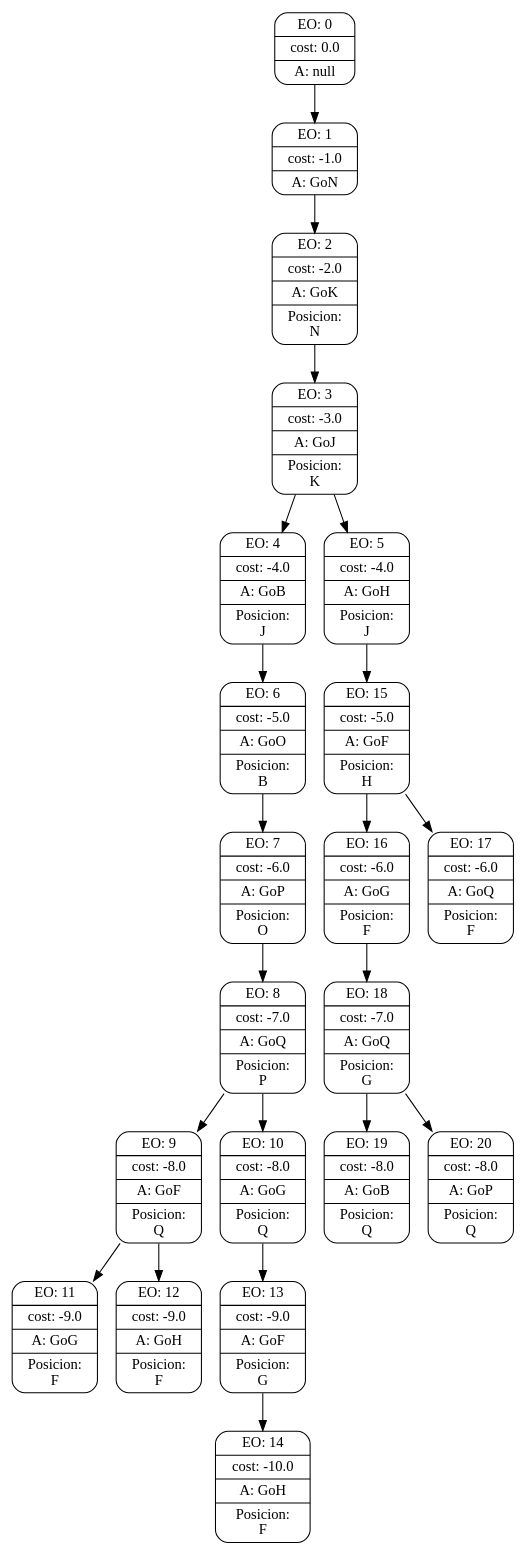
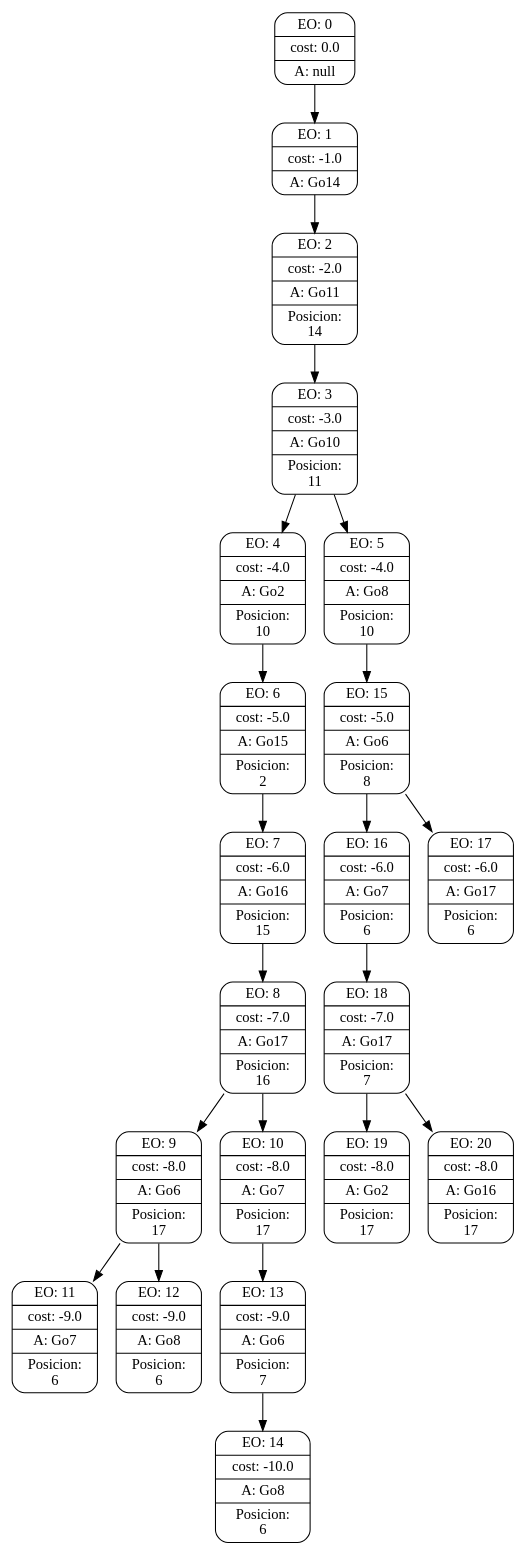
One commit to lniklison/TP-Inteligencia-artificial changed the diagram in searchGVTrees/6.dot. Above: the diagram before and after it, drawn with Graphviz. The commit also changed 29 other files, not shown here.

```diff
--- a/searchGVTrees/6.dot
+++ b/searchGVTrees/6.dot
@@ -1,66 +1,66 @@
 digraph g {
 node [shape = Mrecord];
 nodo0[label="{EO: 0|cost: 0.0|A: null}"]
-nodo1[label="{EO: 1|cost: -1.0|A: GoN}"]
-nodo2[label="{EO: 2|cost: -2.0|A: GoK|Posicion:\nN}"]
-nodo3[label="{EO: 3|cost: -3.0|A: GoJ|Posicion:\nK}"]
-nodo4[label="{EO: 4|cost: -4.0|A: GoB|Posicion:\nJ}"]
-nodo6[label="{EO: 6|cost: -5.0|A: GoO|Posicion:\nB}"]
-nodo7[label="{EO: 7|cost: -6.0|A: GoP|Posicion:\nO}"]
-nodo8[label="{EO: 8|cost: -7.0|A: GoQ|Posicion:\nP}"]
-nodo9[label="{EO: 9|cost: -8.0|A: GoF|Posicion:\nQ}"]
-nodo11[label="{EO: 11|cost: -9.0|A: GoG|Posicion:\nF}"]
+nodo1[label="{EO: 1|cost: -1.0|A: Go14}"]
+nodo2[label="{EO: 2|cost: -2.0|A: Go11|Posicion:\n14}"]
+nodo3[label="{EO: 3|cost: -3.0|A: Go10|Posicion:\n11}"]
+nodo4[label="{EO: 4|cost: -4.0|A: Go2|Posicion:\n10}"]
+nodo6[label="{EO: 6|cost: -5.0|A: Go15|Posicion:\n2}"]
+nodo7[label="{EO: 7|cost: -6.0|A: Go16|Posicion:\n15}"]
+nodo8[label="{EO: 8|cost: -7.0|A: Go17|Posicion:\n16}"]
+nodo9[label="{EO: 9|cost: -8.0|A: Go6|Posicion:\n17}"]
+nodo11[label="{EO: 11|cost: -9.0|A: Go7|Posicion:\n6}"]
 
 nodo9 -> nodo11;
-nodo12[label="{EO: 12|cost: -9.0|A: GoH|Posicion:\nF}"]
+nodo12[label="{EO: 12|cost: -9.0|A: Go8|Posicion:\n6}"]
 
 nodo9 -> nodo12;
 
 nodo8 -> nodo9;
-nodo10[label="{EO: 10|cost: -8.0|A: GoG|Posicion:\nQ}"]
-nodo13[label="{EO: 13|cost: -9.0|A: GoF|Posicion:\nG}"]
-nodo14[label="{EO: 14|cost: -10.0|A: GoH|Posicion:\nF}"]
+nodo10[label="{EO: 10|cost: -8.0|A: Go7|Posicion:\n17}"]
+nodo13[label="{EO: 13|cost: -9.0|A: Go6|Posicion:\n7}"]
+nodo14[label="{EO: 14|cost: -10.0|A: Go8|Posicion:\n6}"]
 
 nodo13 -> nodo14;
 
 nodo10 -> nodo13;
 
 nodo8 -> nodo10;
 
 nodo7 -> nodo8;
 
 nodo6 -> nodo7;
 
 nodo4 -> nodo6;
 
 nodo3 -> nodo4;
-nodo5[label="{EO: 5|cost: -4.0|A: GoH|Posicion:\nJ}"]
-nodo15[label="{EO: 15|cost: -5.0|A: GoF|Posicion:\nH}"]
-nodo16[label="{EO: 16|cost: -6.0|A: GoG|Posicion:\nF}"]
-nodo18[label="{EO: 18|cost: -7.0|A: GoQ|Posicion:\nG}"]
-nodo19[label="{EO: 19|cost: -8.0|A: GoB|Posicion:\nQ}"]
+nodo5[label="{EO: 5|cost: -4.0|A: Go8|Posicion:\n10}"]
+nodo15[label="{EO: 15|cost: -5.0|A: Go6|Posicion:\n8}"]
+nodo16[label="{EO: 16|cost: -6.0|A: Go7|Posicion:\n6}"]
+nodo18[label="{EO: 18|cost: -7.0|A: Go17|Posicion:\n7}"]
+nodo19[label="{EO: 19|cost: -8.0|A: Go2|Posicion:\n17}"]
 
 nodo18 -> nodo19;
-nodo20[label="{EO: 20|cost: -8.0|A: GoP|Posicion:\nQ}"]
+nodo20[label="{EO: 20|cost: -8.0|A: Go16|Posicion:\n17}"]
 
 nodo18 -> nodo20;
 
 nodo16 -> nodo18;
 
 nodo15 -> nodo16;
-nodo17[label="{EO: 17|cost: -6.0|A: GoQ|Posicion:\nF}"]
+nodo17[label="{EO: 17|cost: -6.0|A: Go17|Posicion:\n6}"]
 
 nodo15 -> nodo17;
 
 nodo5 -> nodo15;
 
 nodo3 -> nodo5;
 
 nodo2 -> nodo3;
 
 nodo1 -> nodo2;
 
 nodo0 -> nodo1;
 
 
 }
```
